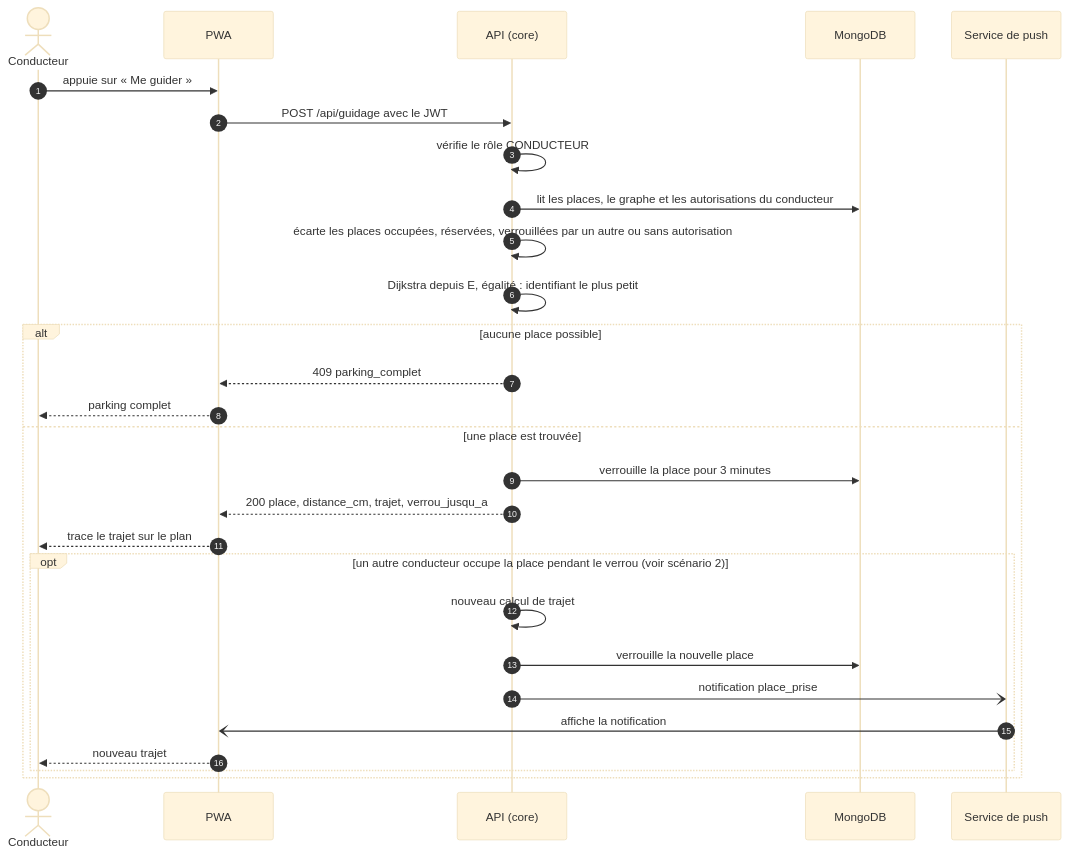
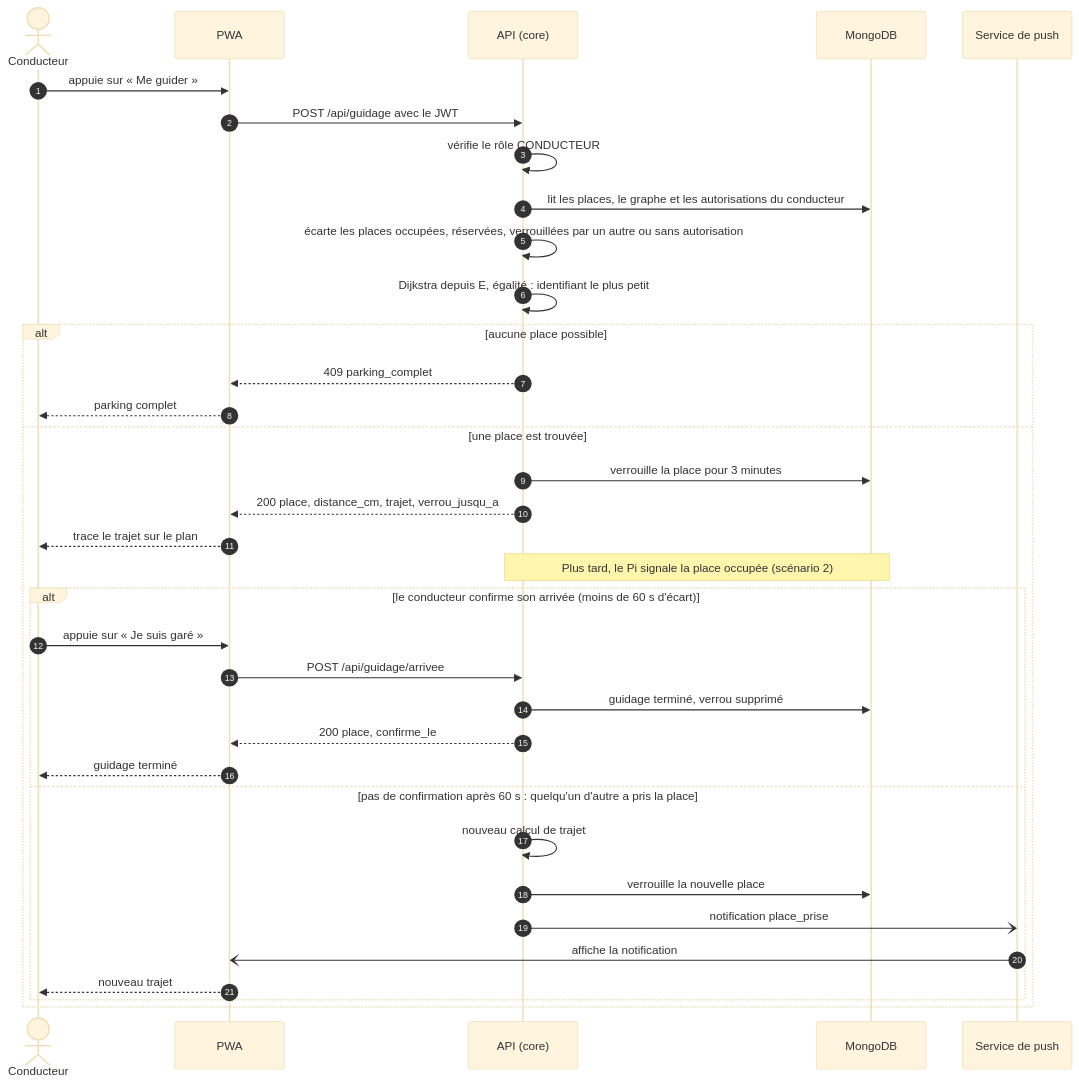
Before and after one commit to amaltrigui19/projet_smart_parking: the third of 6 diagrams in docs/uml/03-sequences.md, drawn with Mermaid (base theme). The commit also changed other lines of this file and 3 other files, not shown here.

Commit message:
docs: confirmation d'arrivée « Je suis garé » pour le guidage (solution A)

````diff
--- a/docs/uml/03-sequences.md
+++ b/docs/uml/03-sequences.md
@@ -95,33 +95,41 @@
 ```mermaid
 sequenceDiagram
     autonumber
     actor C as Conducteur
     participant PWA
     participant API as API (core)
     participant DB as MongoDB
     participant Push as Service de push
 
     C->>PWA: appuie sur « Me guider »
     PWA->>API: POST /api/guidage avec le JWT
     API->>API: vérifie le rôle CONDUCTEUR
     API->>DB: lit les places, le graphe et les autorisations du conducteur
     API->>API: écarte les places occupées, réservées, verrouillées par un autre ou sans autorisation
     API->>API: Dijkstra depuis E, égalité : identifiant le plus petit
 
     alt aucune place possible
         API-->>PWA: 409 parking_complet
         PWA-->>C: parking complet
     else une place est trouvée
         API->>DB: verrouille la place pour 3 minutes
         API-->>PWA: 200 place, distance_cm, trajet, verrou_jusqu_a
         PWA-->>C: trace le trajet sur le plan
 
-        opt un autre conducteur occupe la place pendant le verrou (voir scénario 2)
+        Note over API,DB: Plus tard, le Pi signale la place occupée (scénario 2)
+
+        alt le conducteur confirme son arrivée (moins de 60 s d'écart)
+            C->>PWA: appuie sur « Je suis garé »
+            PWA->>API: POST /api/guidage/arrivee
+            API->>DB: guidage terminé, verrou supprimé
+            API-->>PWA: 200 place, confirme_le
+            PWA-->>C: guidage terminé
+        else pas de confirmation après 60 s : quelqu'un d'autre a pris la place
             API->>API: nouveau calcul de trajet
             API->>DB: verrouille la nouvelle place
             API-)Push: notification place_prise
             Push-)PWA: affiche la notification
             PWA-->>C: nouveau trajet
         end
     end
 ```
````
